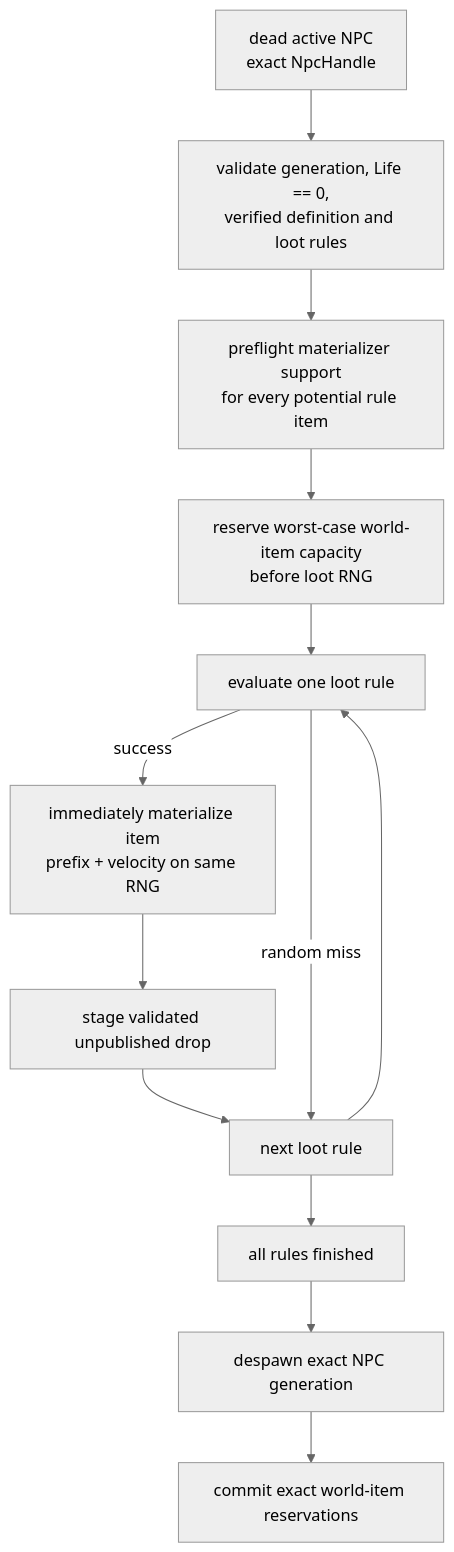
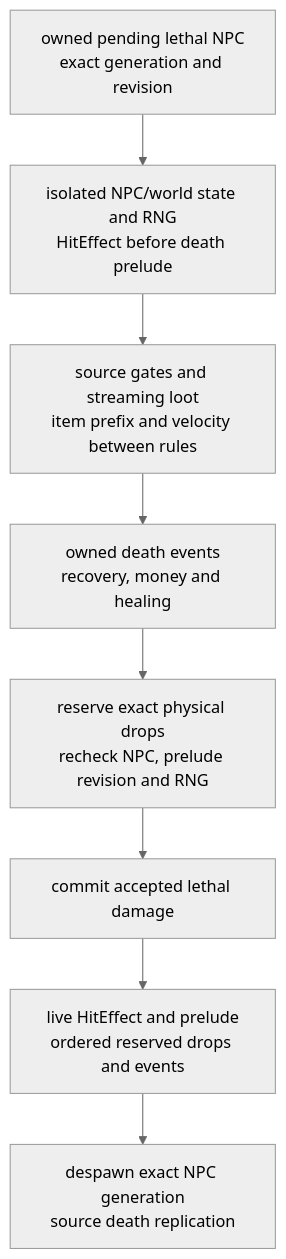
Before and after one commit to VegaKernel/TerraRuntime: the diagram in docs/en/npc-death-loot-finalization.md, drawn with Mermaid (neutral theme). The commit also changed other lines of this file and 134 other files, not shown here.

Commit message:
Complete Mothron AI, town contact and NPC death lifecycle

````diff
--- a/docs/en/npc-death-loot-finalization.md
+++ b/docs/en/npc-death-loot-finalization.md
@@ -7,15 +21,10 @@
 ```mermaid
 flowchart TD
-    Dead["dead active NPC\nexact NpcHandle"] --> Validate["validate generation, Life == 0,\nverified definition and loot rules"]
-    Validate --> Support["preflight materializer support\nfor every potential rule item"]
-    Support --> Capacity["reserve worst-case world-item capacity\nbefore loot RNG"]
-    Capacity --> Rule["evaluate one loot rule"]
-    Rule -->|success| Materialize["immediately materialize item\nprefix + velocity on same RNG"]
-    Materialize --> Stage["stage validated unpublished drop"]
-    Stage --> Next["next loot rule"]
-    Rule -->|random miss| Next
-    Next --> Rule
-    Next --> Done["all rules finished"]
-    Done --> Despawn["despawn exact NPC generation"]
-    Despawn --> Commit["commit exact world-item reservations"]
+    Validate["owned pending lethal NPC\nexact generation and revision"] --> Preview["isolated NPC/world state and RNG\nHitEffect before death prelude"]
+    Preview --> Rules["source gates and streaming loot\nitem prefix and velocity between rules"]
+    Rules --> Tail["owned death events\nrecovery, money and healing"]
+    Tail --> Reserve["reserve exact physical drops\nrecheck NPC, prelude revision and RNG"]
+    Reserve --> Damage["commit accepted lethal damage"]
+    Damage --> Publish["live HitEffect and prelude\nordered reserved drops and events"]
+    Publish --> Despawn["despawn exact NPC generation\nsource death replication"]
 ```
````
